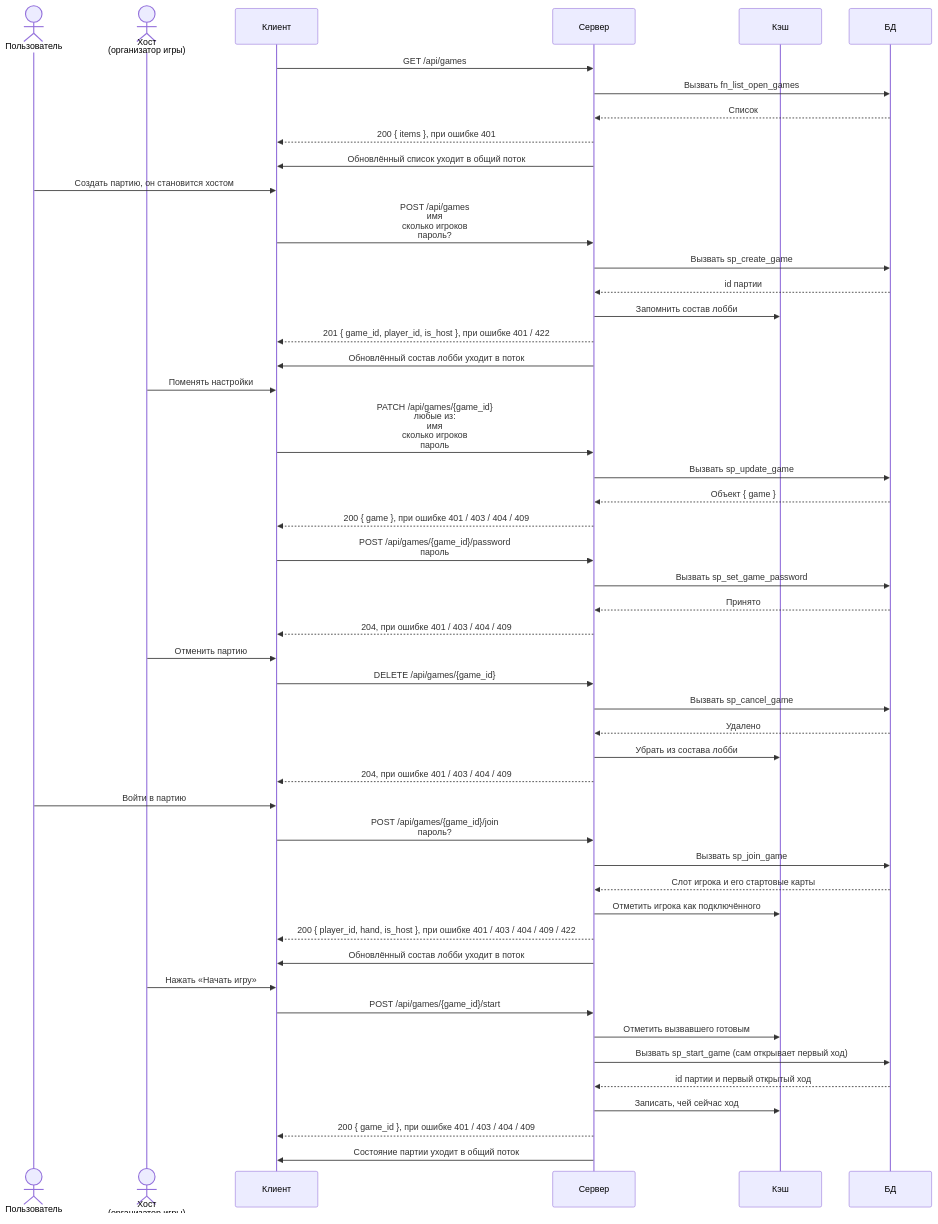
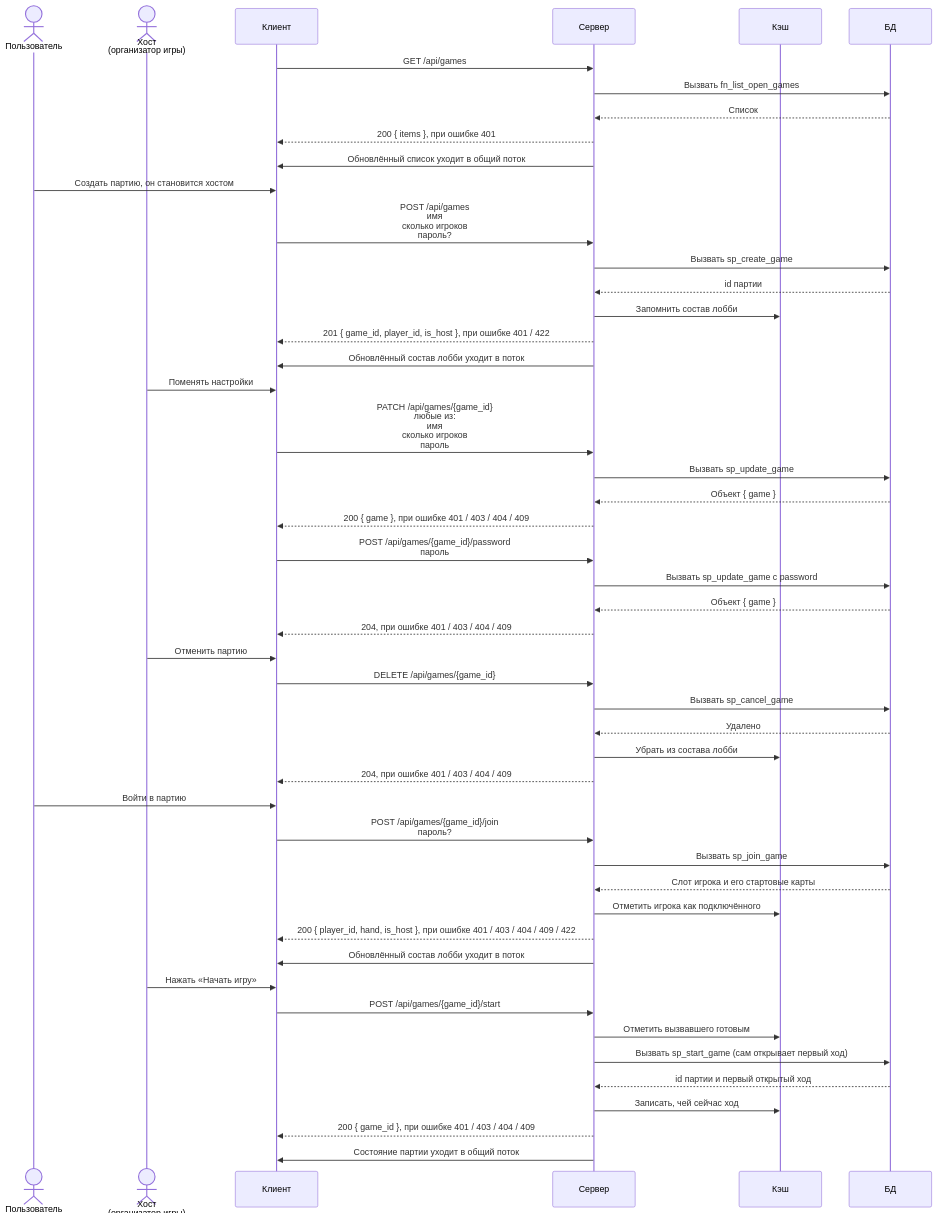
The diagram in diagrams/lobby.mmd (docup1/edin-game), drawn with Mermaid before and after one commit. The commit also changed 11 other files, not shown here.

```diff
--- a/diagrams/lobby.mmd
+++ b/diagrams/lobby.mmd
@@ -1,90 +1,90 @@
 %% Всё до игры: список, создание, настройки, отмена, вход, старт.
 %% Действуют двое: обычный пользователь и хост, то есть организатор партии.
 %% Партия ещё не началась, поэтому состав лобби в кэше, факты в базе.
 %% Диаграмма делится по смыслу, а не по наличию {game_id}: пароль ставит
 %% админ, но до игры, поэтому разбирается здесь.
 sequenceDiagram
     actor U as Пользователь
     actor H as Хост<br/>(организатор игры)
     participant C as Клиент
     participant S as Сервер
     participant K as Кэш
     participant D as БД
 
     %% Фильтры has_slot и mine живут в колонке Query таблицы в API.md,
     %% на стрелке их нет: список и так уходит в поток целиком.
     C->>S: GET /api/games
     S->>D: Вызвать fn_list_open_games
     D-->>S: Список
     S-->>C: 200 { items }, при ошибке 401
     S->>C: Обновлённый список уходит в общий поток
 
     U->>C: Создать партию, он становится хостом
     C->>S: POST /api/games<br/>имя<br/>сколько игроков<br/>пароль?
     S->>D: Вызвать sp_create_game
     D-->>S: id партии
     S->>K: Запомнить состав лобби
     S-->>C: 201 { game_id, player_id, is_host }, при ошибке 401 / 422
     S->>C: Обновлённый состав лобби уходит в поток
 
     H->>C: Поменять настройки
     C->>S: PATCH /api/games/{game_id}<br/>любые из:<br/>имя<br/>сколько игроков<br/>пароль
     S->>D: Вызвать sp_update_game
     D-->>S: Объект { game }
     S-->>C: 200 { game }, при ошибке 401 / 403 / 404 / 409
 
     C->>S: POST /api/games/{game_id}/password<br/>пароль
-    S->>D: Вызвать sp_set_game_password
-    D-->>S: Принято
+    S->>D: Вызвать sp_update_game с password
+    D-->>S: Объект { game }
     S-->>C: 204, при ошибке 401 / 403 / 404 / 409
 
     H->>C: Отменить партию
     C->>S: DELETE /api/games/{game_id}
     S->>D: Вызвать sp_cancel_game
     D-->>S: Удалено
     S->>K: Убрать из состава лобби
     S-->>C: 204, при ошибке 401 / 403 / 404 / 409
 
     U->>C: Войти в партию
     C->>S: POST /api/games/{game_id}/join<br/>пароль?
     S->>D: Вызвать sp_join_game
     D-->>S: Слот игрока и его стартовые карты
     S->>K: Отметить игрока как подключённого
     S-->>C: 200 { player_id, hand, is_host }, при ошибке 401 / 403 / 404 / 409 / 422
     S->>C: Обновлённый состав лобби уходит в поток
 
     H->>C: Нажать «Начать игру»
     C->>S: POST /api/games/{game_id}/start
     S->>K: Отметить вызвавшего готовым
     S->>D: Вызвать sp_start_game (сам открывает первый ход)
     D-->>S: id партии и первый открытый ход
     S->>K: Записать, чей сейчас ход
     S-->>C: 200 { game_id }, при ошибке 401 / 403 / 404 / 409
     S->>C: Состояние партии уходит в общий поток
 
     %% Список требует сессии, поэтому гостя без входа здесь нет: без cookie
     %% приходит 401. В списке есть, сколько мест занято, но нет имён игроков -
     %% имена иначе утекли бы всем подряд.
     %% has_slot - только партии со свободными местами, по умолчанию включён:
     %% иначе пользователь кликнет в партию без мест и получит отказ. mine -
     %% только свои партии. Страниц нет: список приходит целиком и в общий поток,
     %% поэтому опрашивать его вручную не нужно.
     %% max_players вне диапазона 2..6 или пустое имя - 422.
     %% Приглашение - обычная ссылка /game/{id}, отдельная сущность в базе не нужна.
     %% Настройки меняет только хост и только до старта. max_players нельзя сделать
     %% меньше занятых мест, password можно обнулить через null.
     %% Пароль без актора: это действие админа, а не хоста и не игрока, поэтому
-    %% отдельного участника ради него заводить не стали. sp_set_game_password
-    %% требует роль admin и работает только до старта. Пароль, поставленный
+    %% отдельного участника ради него заводить не стали. Пароль идёт через
+    %% sp_update_game и работает только до старта. Пароль, поставленный
     %% админом, хост снять не может: снимается он только тем же эндпоинтом.
     %% Отмена - настоящее удаление, а не флаг cancelled: иначе про него пришлось бы
     %% вечно помнить.
     %% join проверяет пароль, свободное место и что партия не началась. Но если
     %% за игроком уже есть место - пускает обратно даже после старта, выдавая
     %% пустую руку. Раньше leave место сохранял, а join отказывал, и вышедший
     %% оставался заперт снаружи.
     %% Отказ от входа - это не leave: до старта место просто освобождается.
     %% start отмечает готовым и запускает: готовность - это факт, а не действие,
     %% и живёт в кэше. 409 если готовы не все, причём готовность не сбрасывается.
     %% Состав лобби и текущий ход живут в кэше, в базе только факты: игроки,
     %% карты, ходы.
```
